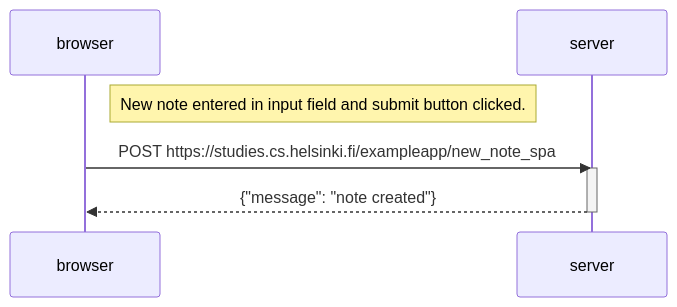
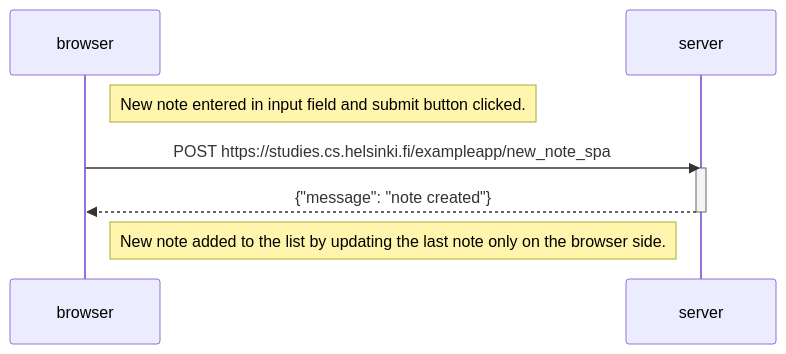
Before and after one commit to ElektrazCode/FullStackOpen: the diagram in Part0/0-5-SPANewNodeDiagram.md, drawn with Mermaid.

Commit message:
Updated Exercise 0-5

````diff
--- a/Part0/0-5-SPANewNodeDiagram.md
+++ b/Part0/0-5-SPANewNodeDiagram.md
@@ -1,13 +1,15 @@
 ```mermaid
 sequenceDiagram
 participant browser
 participant server
 
 Note right of browser: New note entered in input field and submit button clicked.
 
 browser->>server: POST https://studies.cs.helsinki.fi/exampleapp/new_note_spa
 activate server
 server-->>browser: {"message": "note created"}
 deactivate server
 
+Note right of browser: New note added to the list by updating the last note only on the browser side.
+
 ```
````
